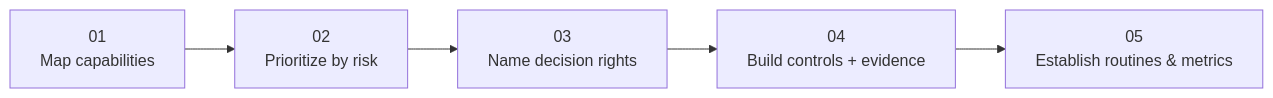
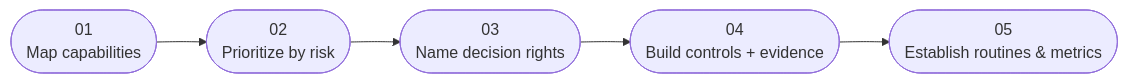
One commit to Sunparus/ai-native-product-ops changed the diagram in docs/domains/data-governance/dmbok-operationalizing.md. Above: the diagram before and after it, drawn with Mermaid. The commit also changed 11 other files, not shown here.

````diff
--- a/docs/domains/data-governance/dmbok-operationalizing.md
+++ b/docs/domains/data-governance/dmbok-operationalizing.md
@@ -11,7 +11,7 @@
 ```mermaid
 flowchart LR
-    S1["01<br/>Map capabilities"] --> S2["02<br/>Prioritize by risk"]
-    S2 --> S3["03<br/>Name decision rights"]
-    S3 --> S4["04<br/>Build controls + evidence"]
-    S4 --> S5["05<br/>Establish routines & metrics"]
+    S1(["01<br/>Map capabilities"]) --> S2(["02<br/>Prioritize by risk"])
+    S2 --> S3(["03<br/>Name decision rights"])
+    S3 --> S4(["04<br/>Build controls + evidence"])
+    S4 --> S5(["05<br/>Establish routines & metrics"])
 ```
````
